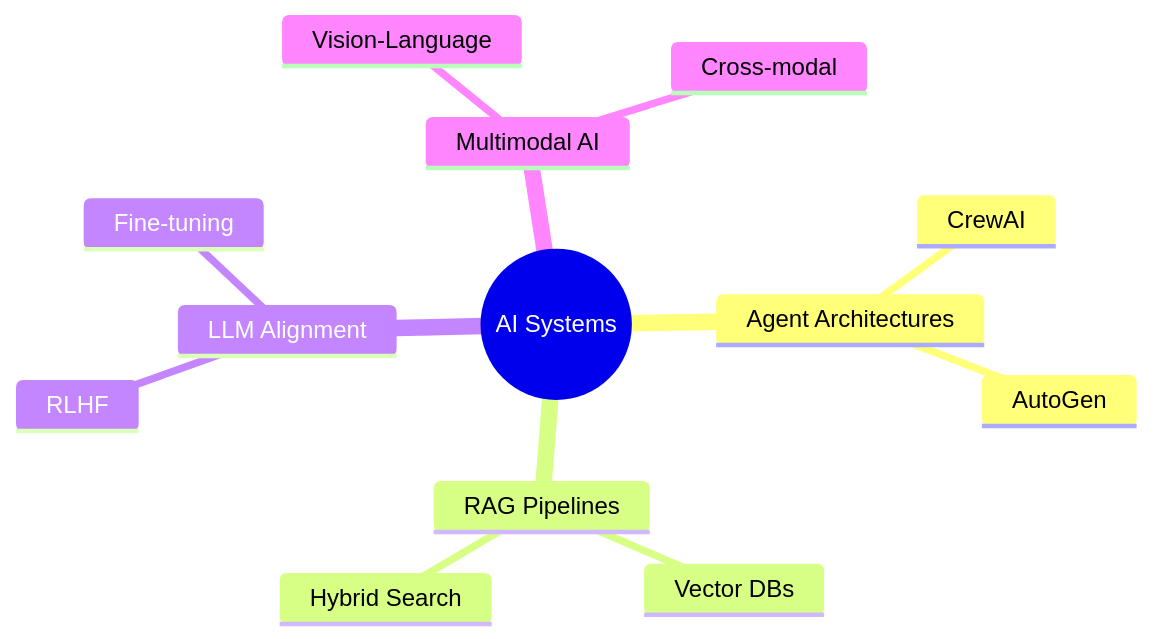
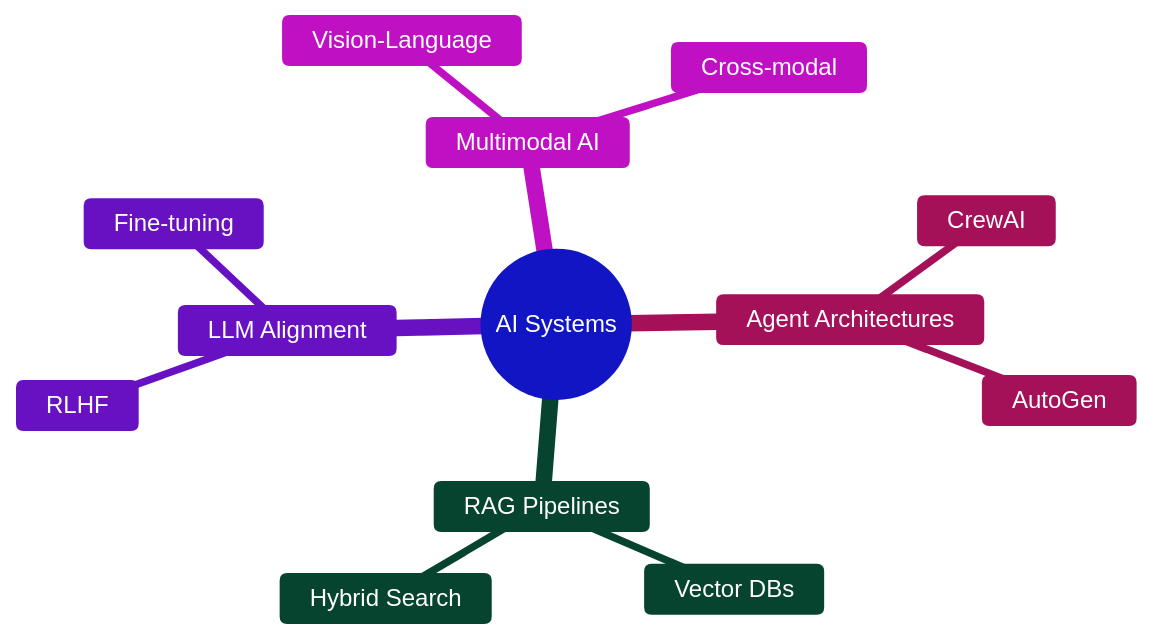
One commit to fahmed-00/alfa2k changed the diagram in README.md. Above: the diagram before and after it, drawn with Mermaid. The commit also changed other lines of this file, not shown here.

````diff
--- a/README.md
+++ b/README.md
@@ -56,16 +56,17 @@
 ```mermaid
+%%{init: {'theme':'base', 'themeVariables': { 'primaryColor':'#6366f1','primaryTextColor':'#fff','primaryBorderColor':'#4f46e5','lineColor':'#8b5cf6','secondaryColor':'#ec4899','tertiaryColor':'#10b981','background':'#1e293b','mainBkg':'#334155','secondBkg':'#475569','textColor':'#f1f5f9','border1Color':'#6366f1','border2Color':'#8b5cf6'}}}%%
 mindmap
   root((AI Systems))
     Agent Architectures
       CrewAI
       AutoGen
     RAG Pipelines
       Vector DBs
       Hybrid Search
     LLM Alignment
       RLHF
       Fine-tuning
     Multimodal AI
       Vision-Language
       Cross-modal
 ```
````
